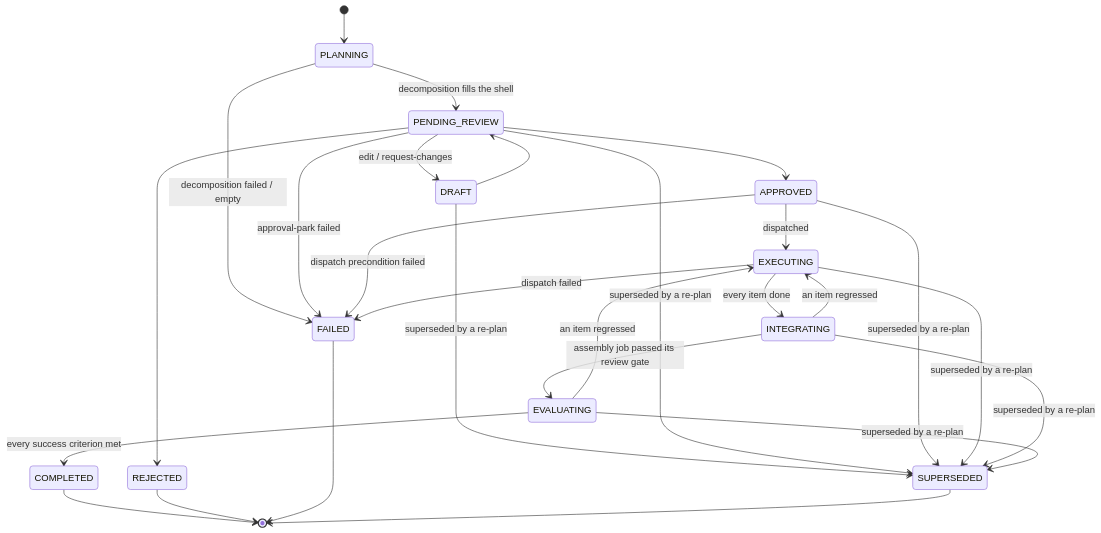
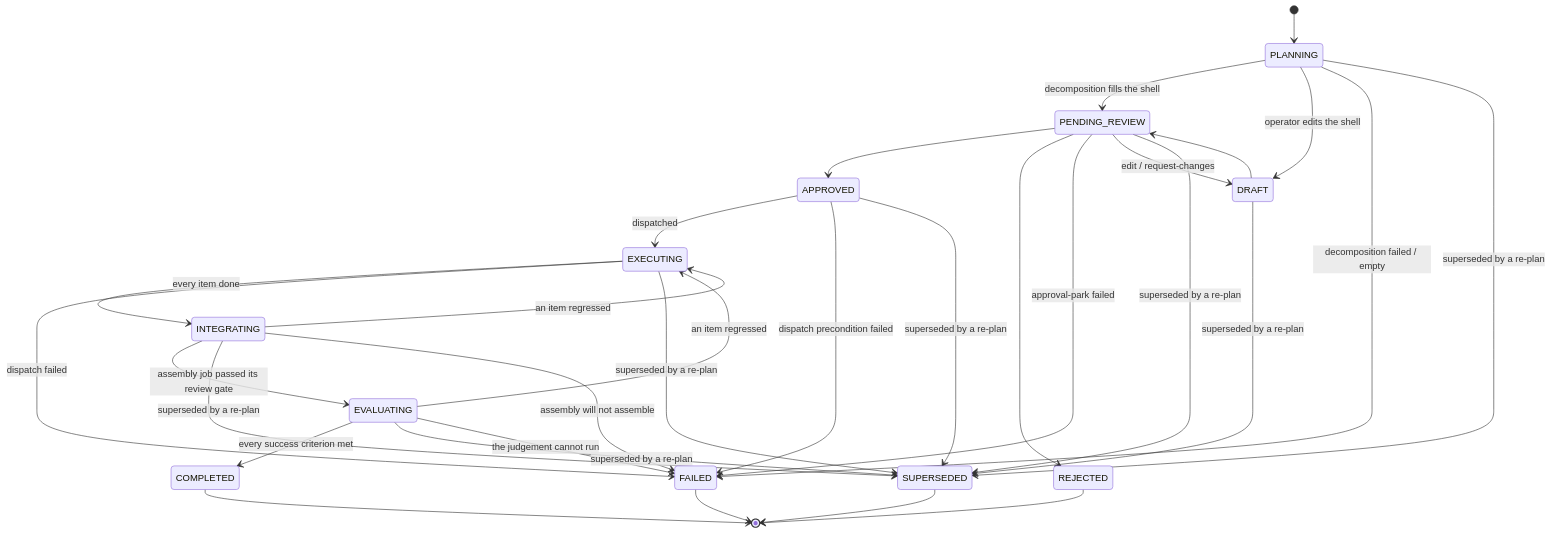
One commit to Aureliolo/synthorg changed the diagram in docs/design/plan-review.md. Above: the diagram before and after it, drawn with Mermaid. The commit also changed other lines of this file and 295 other files, not shown here.

````diff
--- a/docs/design/plan-review.md
+++ b/docs/design/plan-review.md
@@ -77,29 +144,33 @@
 ```mermaid
 stateDiagram-v2
     [*] --> PLANNING
     PLANNING --> PENDING_REVIEW: decomposition fills the shell
+    PLANNING --> DRAFT: operator edits the shell
     PLANNING --> FAILED: decomposition failed / empty
+    PLANNING --> SUPERSEDED: superseded by a re-plan
     DRAFT --> PENDING_REVIEW
     PENDING_REVIEW --> APPROVED
     PENDING_REVIEW --> REJECTED
     PENDING_REVIEW --> FAILED: approval-park failed
     PENDING_REVIEW --> DRAFT: edit / request-changes
     DRAFT --> SUPERSEDED: superseded by a re-plan
     PENDING_REVIEW --> SUPERSEDED: superseded by a re-plan
     APPROVED --> EXECUTING: dispatched
     APPROVED --> FAILED: dispatch precondition failed
     APPROVED --> SUPERSEDED: superseded by a re-plan
     EXECUTING --> INTEGRATING: every item done
     EXECUTING --> FAILED: dispatch failed
     EXECUTING --> SUPERSEDED: superseded by a re-plan
     INTEGRATING --> EVALUATING: assembly job passed its review gate
     INTEGRATING --> EXECUTING: an item regressed
     INTEGRATING --> SUPERSEDED: superseded by a re-plan
+    INTEGRATING --> FAILED: assembly will not assemble
     EVALUATING --> COMPLETED: every success criterion met
     EVALUATING --> EXECUTING: an item regressed
     EVALUATING --> SUPERSEDED: superseded by a re-plan
+    EVALUATING --> FAILED: the judgement cannot run
     COMPLETED --> [*]
     REJECTED --> [*]
     FAILED --> [*]
     SUPERSEDED --> [*]
 ```
````
